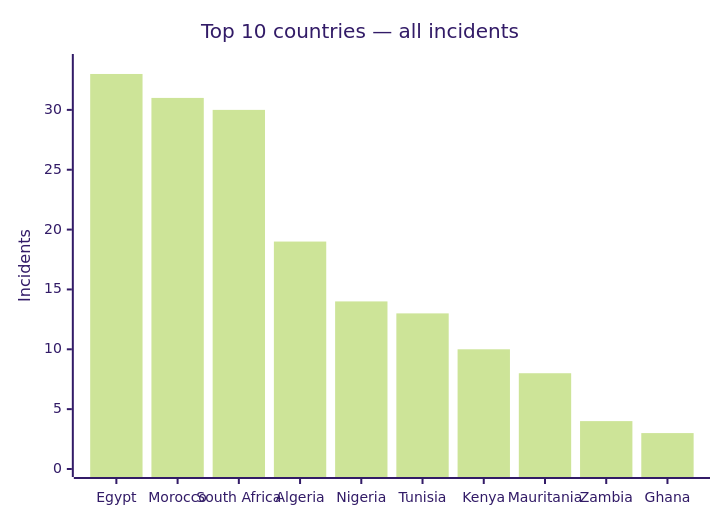
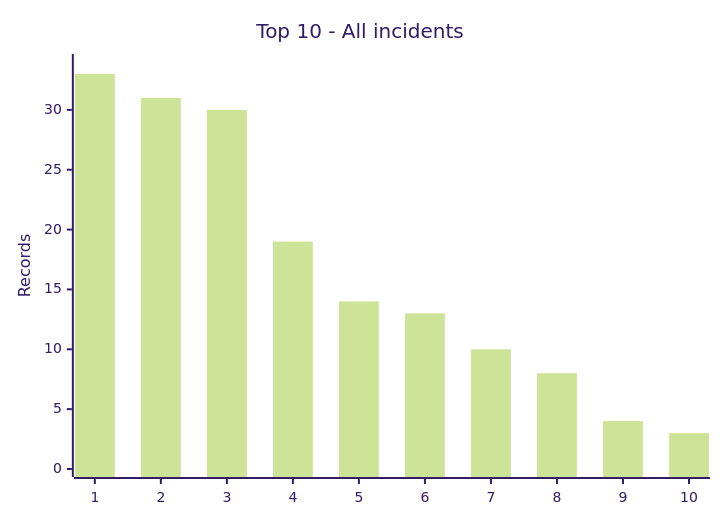
The first of 2 diagrams in CyberAttackAfrica/2025/README.md (Hatchepsoute/AFRINTEL), drawn with Mermaid (forest theme) before and after one commit. The commit also changed other lines of this file and 17 other files, not shown here.

````diff
--- a/CyberAttackAfrica/2025/README.md
+++ b/CyberAttackAfrica/2025/README.md
@@ -245,7 +58,7 @@
 ```mermaid
 xychart-beta
-    title "Top 10 countries — all incidents"
-    x-axis ["Egypt", "Morocco", "South Africa", "Algeria", "Nigeria", "Tunisia", "Kenya", "Mauritania", "Zambia", "Ghana"]
-    y-axis "Incidents" 0 --> 34
-    bar [33, 31, 30, 19, 14, 13, 10, 8, 4, 3]
+    title "Top 10 - All incidents"
+    x-axis ["1","2","3","4","5","6","7","8","9","10"]
+    y-axis "Records" 0 --> 34
+    bar [33,31,30,19,14,13,10,8,4,3]
 ```
````
